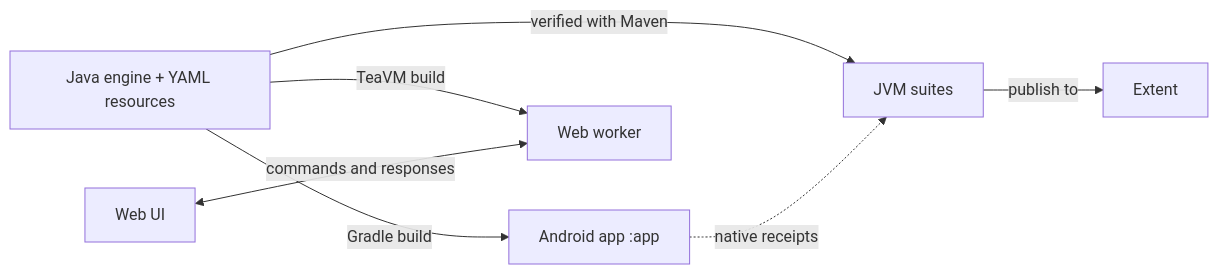
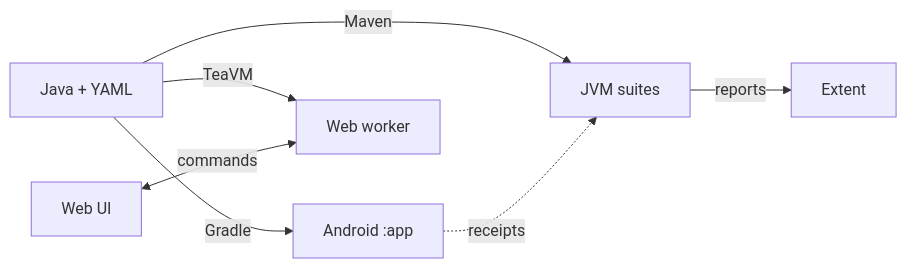
The diagram in README.md (crististefanita/atf_j7), drawn with Mermaid before and after one commit. The commit also changed 29 other files, not shown here.

````diff
--- a/README.md
+++ b/README.md
@@ -25,9 +25,15 @@
 ```mermaid
 flowchart LR
-    Core["Java engine + YAML resources"] -->|Gradle build| Android["Android app :app"]
-    Core -->|TeaVM build| Worker["Web worker"]
-    Browser["Web UI"] <-->|commands and responses| Worker
-    Core -->|verified with Maven| Tests["JVM suites"]
-    Tests -->|publish to| Extent["Extent"]
-    Android -.->|native receipts| Tests
+    Core["Java + YAML"]
+    Android["Android :app"]
+    Worker["Web worker"]
+    Browser["Web UI"]
+    Tests["JVM suites"]
+    Extent["Extent"]
+    Core -->|Gradle| Android
+    Core -->|TeaVM| Worker
+    Browser <-->|commands| Worker
+    Core -->|Maven| Tests
+    Android -.->|receipts| Tests
+    Tests -->|reports| Extent
 ```
````
